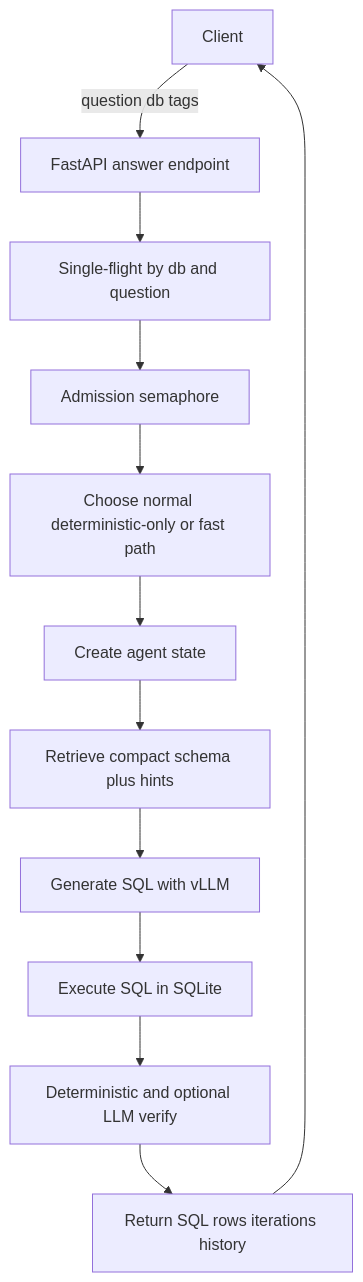
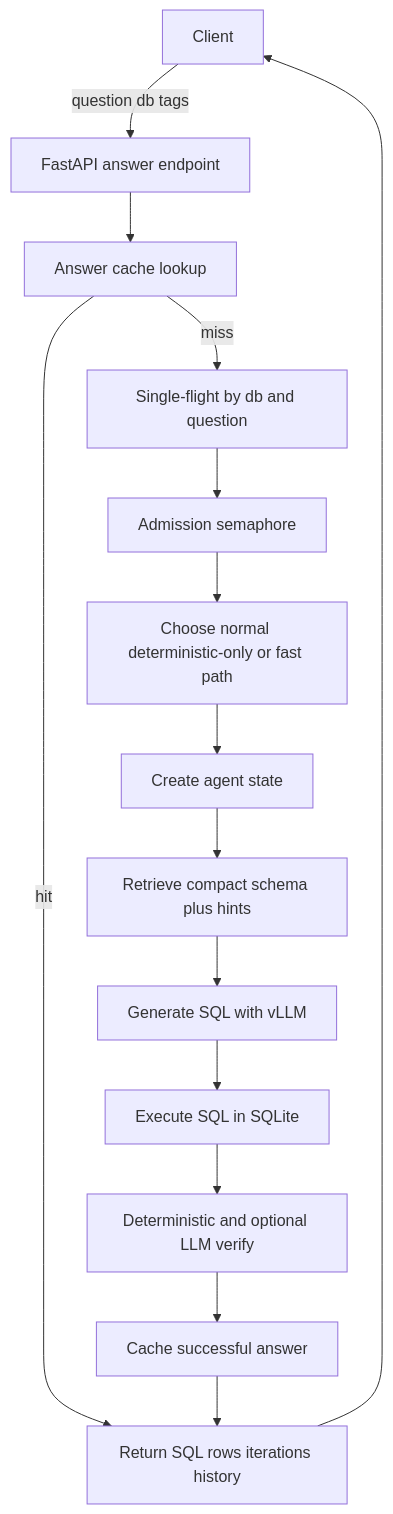
One commit to khab40/mlops-hw3 changed the fourth of 10 diagrams in assets/docs/ARCHITECTURE.md. Above: the diagram before and after it, drawn with Mermaid. The commit also changed other lines of this file and 7 other files, not shown here.

````diff
--- a/assets/docs/ARCHITECTURE.md
+++ b/assets/docs/ARCHITECTURE.md
@@ -72,14 +73,17 @@
 ```mermaid
 flowchart TD
     Client["Client"] -->|question db tags| API["FastAPI answer endpoint"]
-    API --> Coalesce["Single-flight by db and question"]
+    API --> Cache["Answer cache lookup"]
+    Cache -->|hit| Response["Return SQL rows iterations history"]
+    Cache -->|miss| Coalesce["Single-flight by db and question"]
     Coalesce --> Admission["Admission semaphore"]
     Admission --> Mode["Choose normal deterministic-only or fast path"]
     Mode --> State["Create agent state"]
     State --> Schema["Retrieve compact schema plus hints"]
     Schema --> Generate["Generate SQL with vLLM"]
     Generate --> Execute["Execute SQL in SQLite"]
     Execute --> Verify["Deterministic and optional LLM verify"]
-    Verify --> Response["Return SQL rows iterations history"]
+    Verify --> StoreCache["Cache successful answer"]
+    StoreCache --> Response
     Response --> Client
 ```
````
